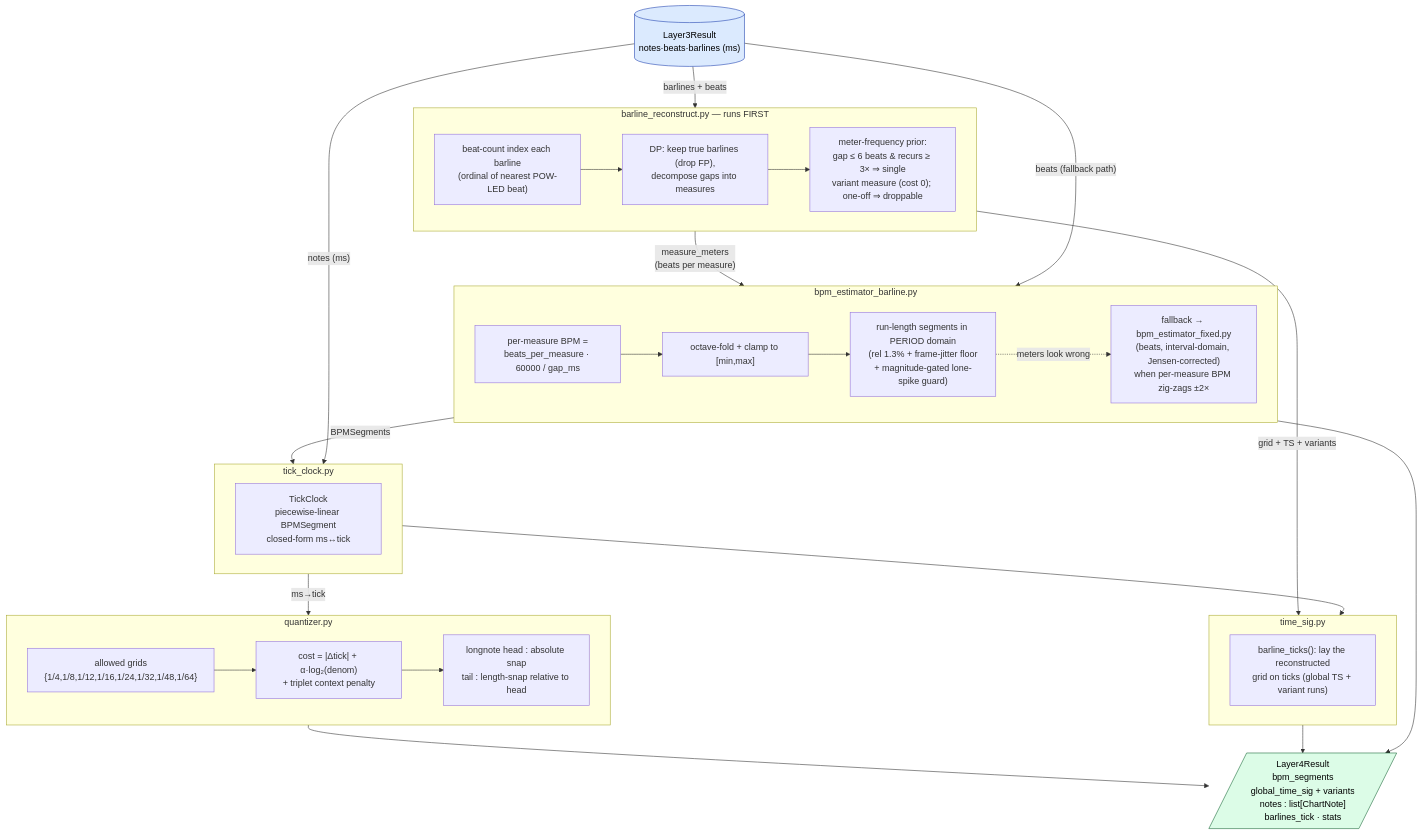
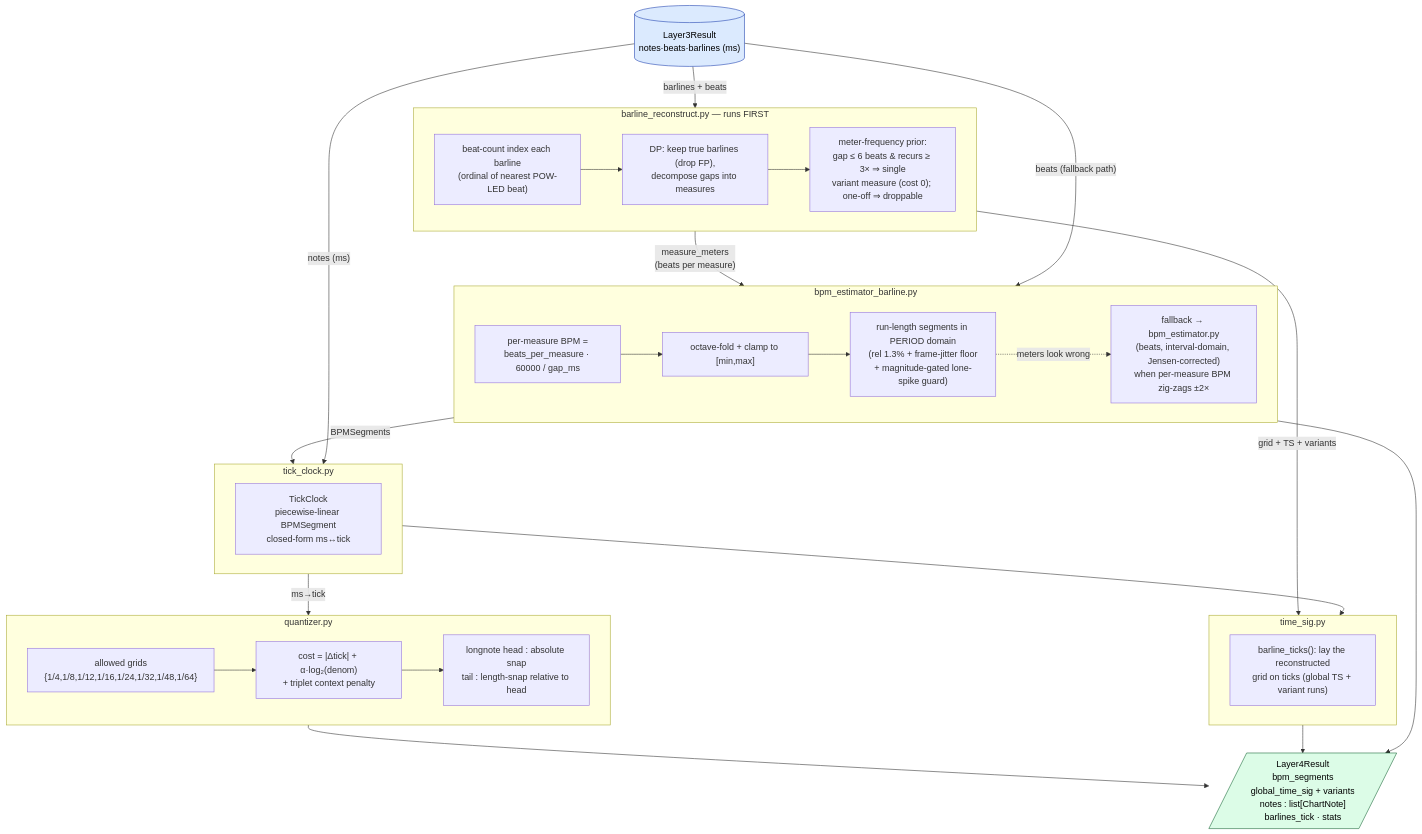
The fourth of 5 diagrams in doc/ARCHITECTURE.md (khanwul/EZ2CV-djmax), drawn with Mermaid before and after one commit. The commit also changed other lines of this file and 26 other files, not shown here.

First line of the commit message:
refactor: simplify chart extraction pipeline and remove dead code

````diff
--- a/doc/ARCHITECTURE.md
+++ b/doc/ARCHITECTURE.md
@@ -186,52 +182,52 @@
 ```mermaid
 flowchart TD
     L3R[("Layer3Result<br/>notes·beats·barlines (ms)")]:::data
 
     subgraph REC["barline_reconstruct.py — runs FIRST"]
         r1["beat-count index each barline<br/>(ordinal of nearest POW-LED beat)"]
         r2["DP: keep true barlines (drop FP),<br/>decompose gaps into measures"]
         r3["meter-frequency prior:<br/>gap ≤ 6 beats & recurs ≥ 3× ⇒ single<br/>variant measure (cost 0); one-off ⇒ droppable"]
         r1 --> r2 --> r3
     end
 
     subgraph BPM["bpm_estimator_barline.py"]
         b1["per-measure BPM =<br/>beats_per_measure · 60000 / gap_ms"]
         b2["octave-fold + clamp to [min,max]"]
         b3["run-length segments in PERIOD domain<br/>(rel 1.3% + frame-jitter floor<br/>+ magnitude-gated lone-spike guard)"]
         b1 --> b2 --> b3
-        fb["fallback → bpm_estimator_fixed.py<br/>(beats, interval-domain, Jensen-corrected)<br/>when per-measure BPM zig-zags ±2×"]
+        fb["fallback → bpm_estimator.py<br/>(beats, interval-domain, Jensen-corrected)<br/>when per-measure BPM zig-zags ±2×"]
         b3 -. "meters look wrong" .-> fb
     end
 
     subgraph CLOCK["tick_clock.py"]
         clk["TickClock<br/>piecewise-linear BPMSegment<br/>closed-form ms↔tick"]
     end
 
     subgraph TS["time_sig.py"]
         t1["barline_ticks(): lay the reconstructed<br/>grid on ticks (global TS + variant runs)"]
     end
 
     subgraph Q["quantizer.py"]
         q1["allowed grids<br/>{1/4,1/8,1/12,1/16,1/24,1/32,1/48,1/64}"]
         q2["cost = |Δtick| + α·log₂(denom)<br/>+ triplet context penalty"]
         q3["longnote head : absolute snap<br/>tail : length-snap relative to head"]
         q1 --> q2 --> q3
     end
 
     L4R[/"Layer4Result<br/>bpm_segments<br/>global_time_sig + variants<br/>notes : list[ChartNote]<br/>barlines_tick · stats"/]:::out
 
     L3R -- "barlines + beats"        --> REC
     REC -- "measure_meters<br/>(beats per measure)" --> BPM
     L3R -- "beats (fallback path)"   --> BPM
     BPM -- "BPMSegments"             --> CLOCK
     REC -- "grid + TS + variants"    --> TS
     CLOCK --> TS
     L3R -- "notes (ms)"              --> CLOCK
     CLOCK -- "ms→tick"              --> Q
     Q --> L4R
     TS --> L4R
     BPM --> L4R
 
     classDef data fill:#dbeafe,stroke:#1e40af,color:#000
     classDef out  fill:#dcfce7,stroke:#166534,color:#000
 ```
````
